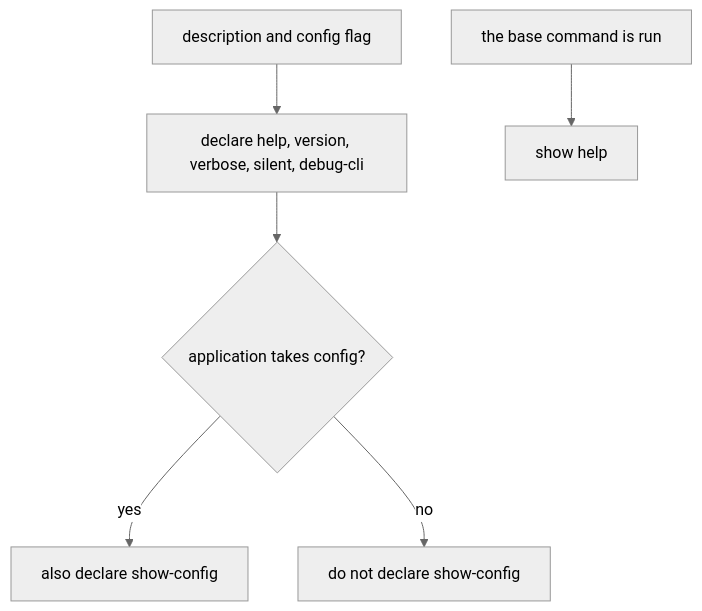
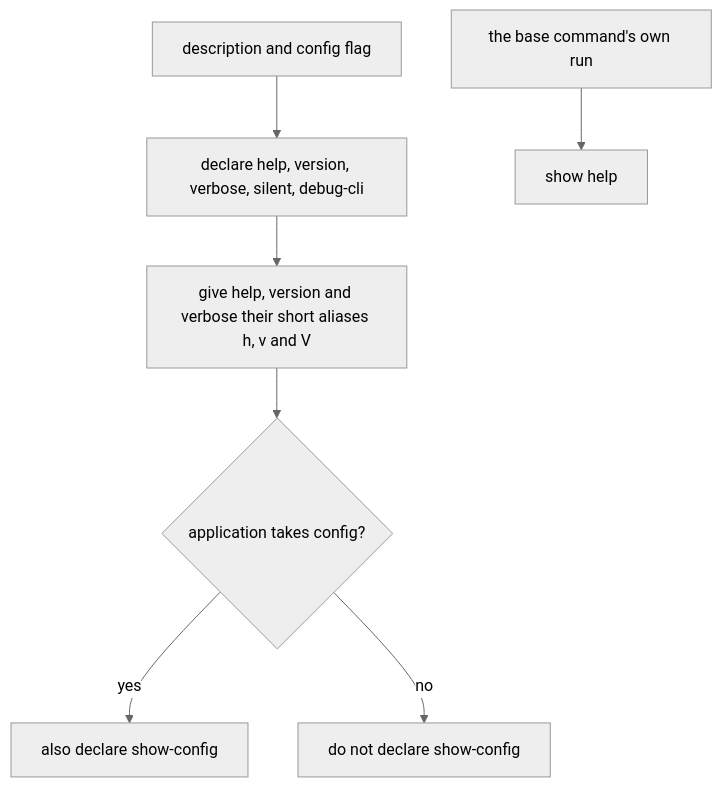
The first of 4 diagrams in packages/clibuilder/.agents/spec/builtin-commands/README.md (clibuilder/clibuilder), drawn with Mermaid (neutral theme) before and after one commit. The commit also changed other lines of this file and 1 other file, not shown here.

First line of the commit message:
docs(clibuilder): draw the builtin-commands declarations, and settle the help seam

````diff
--- a/packages/clibuilder/.agents/spec/builtin-commands/README.md
+++ b/packages/clibuilder/.agents/spec/builtin-commands/README.md
@@ -141,8 +143,9 @@
 ```mermaid
 graph TD
   B[description and config flag] --> G[declare help, version, verbose, silent, debug-cli]
-  G --> CF{application takes config?}
+  G --> AL["give help, version and verbose their short aliases h, v and V"]
+  AL --> CF{application takes config?}
   CF -- yes --> SC[also declare show-config]
   CF -- no --> NS[do not declare show-config]
-  R[the base command is run] --> H[show help]
+  R["the base command's own run"] --> H[show help]
 ```
````
